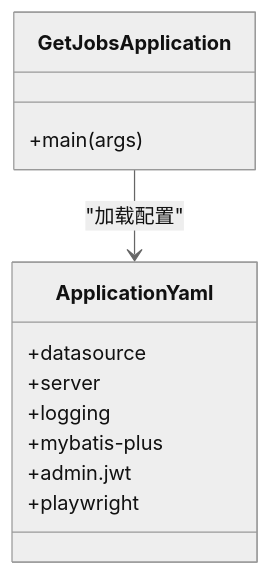
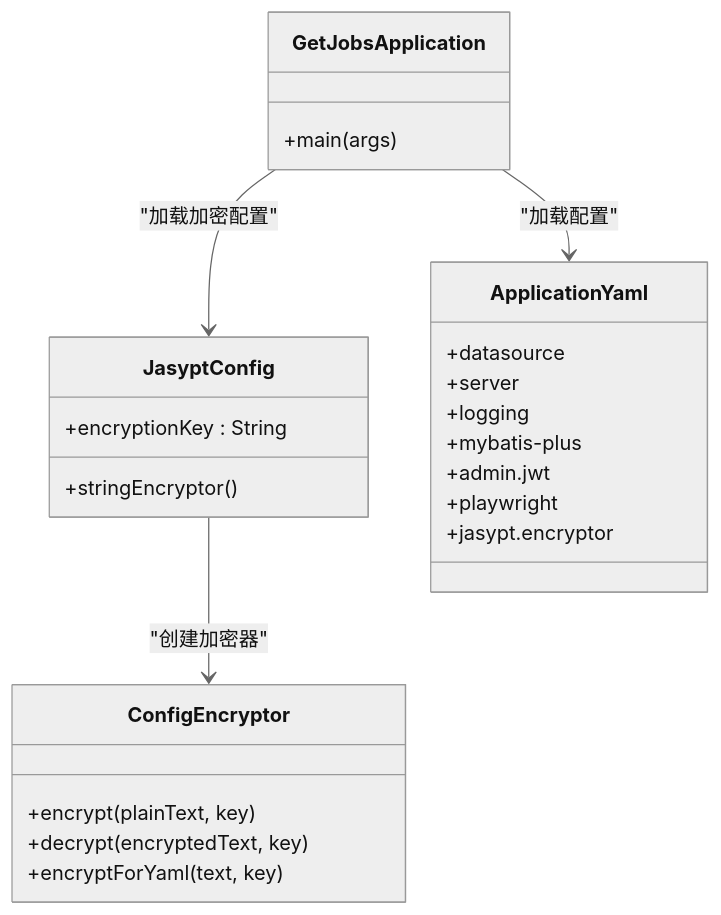
Before and after one commit to xulingfeng931027/get_jobs: the third of 7 diagrams in .qoder/repowiki/zh/content/部署运维/部署运维.md, drawn with Mermaid (neutral theme). The commit also changed other lines of this file and 74 other files, not shown here.

````diff
--- a/.qoder/repowiki/zh/content/部署运维/部署运维.md
+++ b/.qoder/repowiki/zh/content/部署运维/部署运维.md
@@ -163,15 +199,27 @@
 ```mermaid
 classDiagram
 class GetJobsApplication {
 +main(args)
+}
+class JasyptConfig {
++encryptionKey : String
++stringEncryptor()
+}
+class ConfigEncryptor {
++encrypt(plainText, key)
++decrypt(encryptedText, key)
++encryptForYaml(text, key)
 }
 class ApplicationYaml {
 +datasource
 +server
 +logging
 +mybatis-plus
 +admin.jwt
 +playwright
++jasypt.encryptor
 }
+GetJobsApplication --> JasyptConfig : "加载加密配置"
+JasyptConfig --> ConfigEncryptor : "创建加密器"
 GetJobsApplication --> ApplicationYaml : "加载配置"
 ```
````
